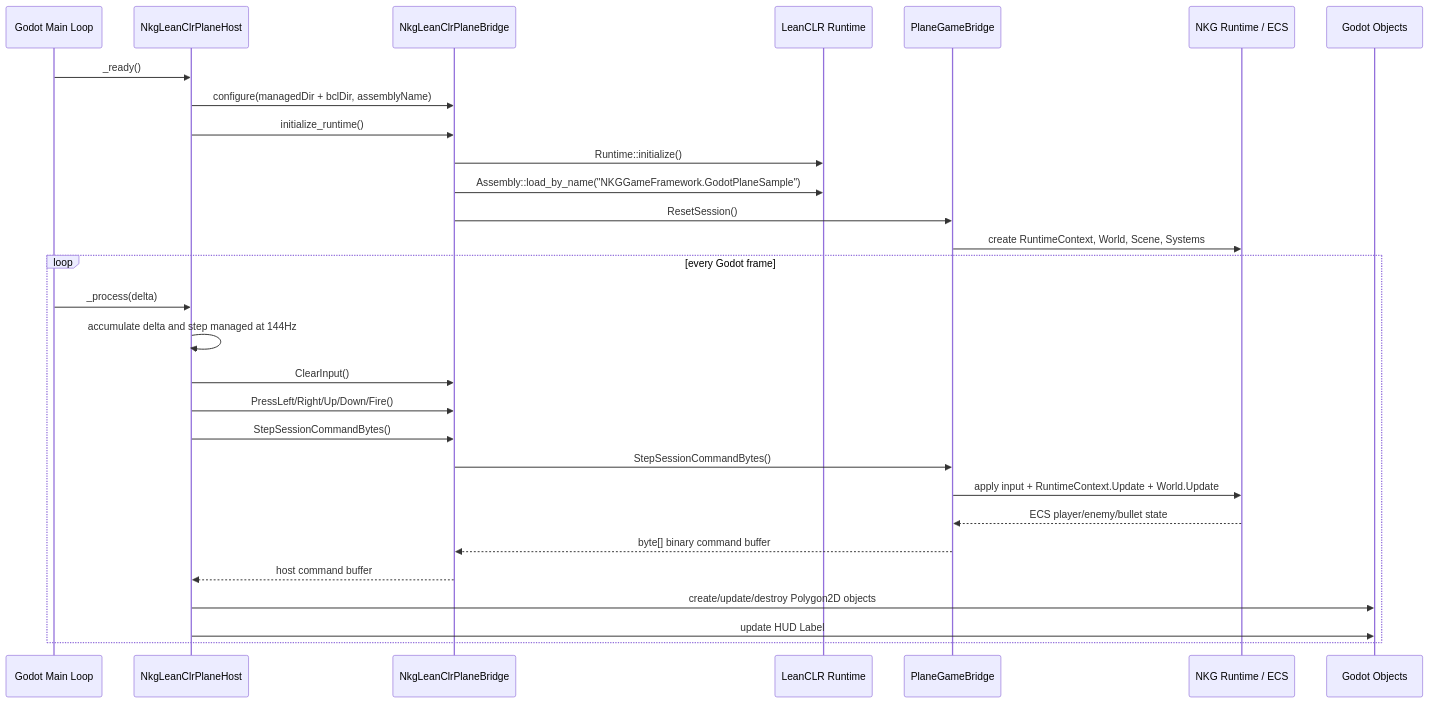
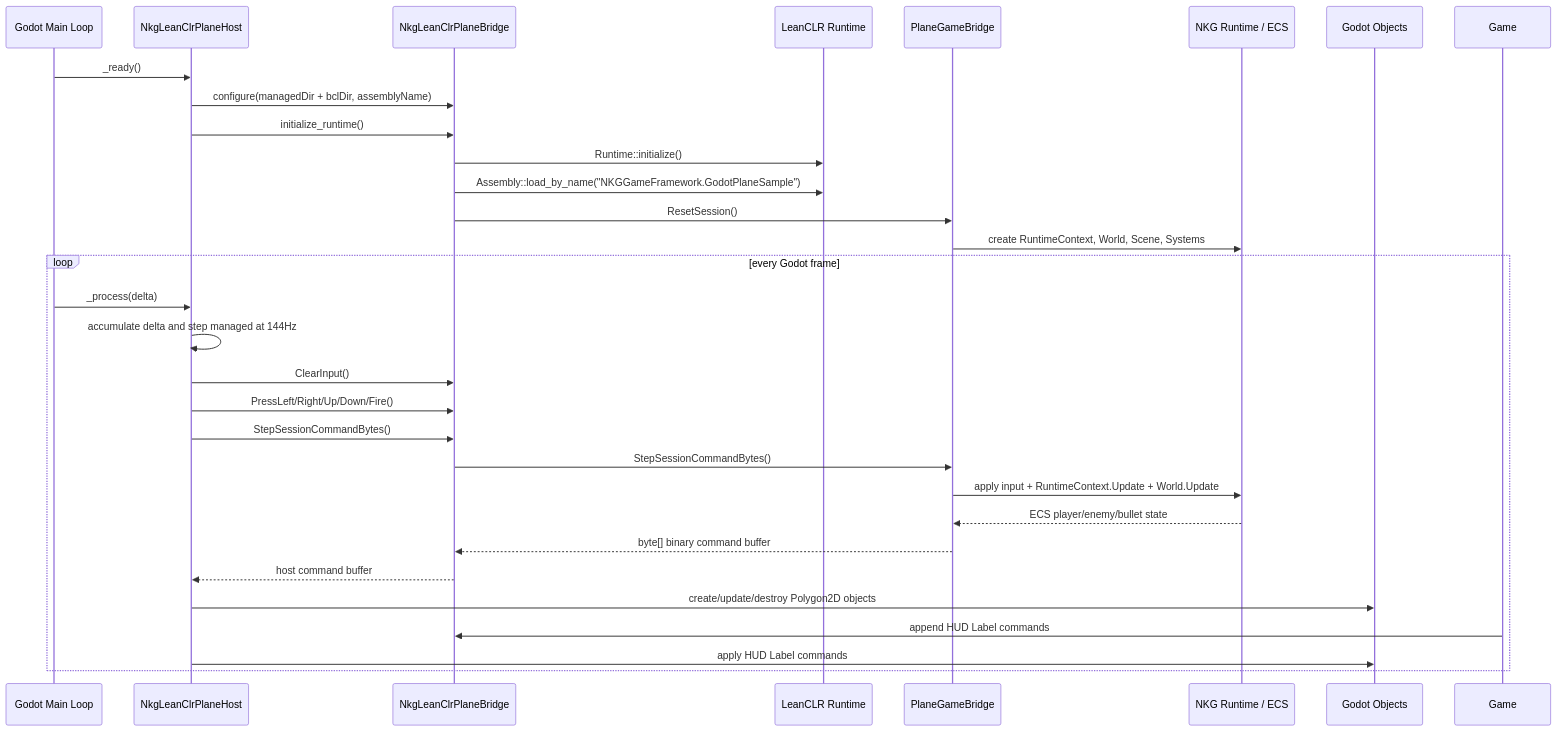
The second of 3 diagrams in docs/godot-leanclr-runtime-structure.md (wqaetly/NKGGameFramework), drawn with Mermaid before and after one commit. The commit also changed other lines of this file and 9 other files, not shown here.

````diff
--- a/docs/godot-leanclr-runtime-structure.md
+++ b/docs/godot-leanclr-runtime-structure.md
@@ -98,33 +98,34 @@
 ```mermaid
 sequenceDiagram
     participant Godot as Godot Main Loop
     participant Host as NkgLeanClrPlaneHost
     participant Bridge as NkgLeanClrPlaneBridge
     participant CLR as LeanCLR Runtime
     participant Managed as PlaneGameBridge
     participant NKG as NKG Runtime / ECS
     participant Obj as Godot Objects
 
     Godot->>Host: _ready()
     Host->>Bridge: configure(managedDir + bclDir, assemblyName)
     Host->>Bridge: initialize_runtime()
     Bridge->>CLR: Runtime::initialize()
     Bridge->>CLR: Assembly::load_by_name("NKGGameFramework.GodotPlaneSample")
     Bridge->>Managed: ResetSession()
     Managed->>NKG: create RuntimeContext, World, Scene, Systems
 
     loop every Godot frame
         Godot->>Host: _process(delta)
         Host->>Host: accumulate delta and step managed at 144Hz
         Host->>Bridge: ClearInput()
         Host->>Bridge: PressLeft/Right/Up/Down/Fire()
         Host->>Bridge: StepSessionCommandBytes()
         Bridge->>Managed: StepSessionCommandBytes()
         Managed->>NKG: apply input + RuntimeContext.Update + World.Update
         NKG-->>Managed: ECS player/enemy/bullet state
         Managed-->>Bridge: byte[] binary command buffer
         Bridge-->>Host: host command buffer
         Host->>Obj: create/update/destroy Polygon2D objects
-        Host->>Obj: update HUD Label
+        Game->>Bridge: append HUD Label commands
+        Host->>Obj: apply HUD Label commands
     end
 ```
````
